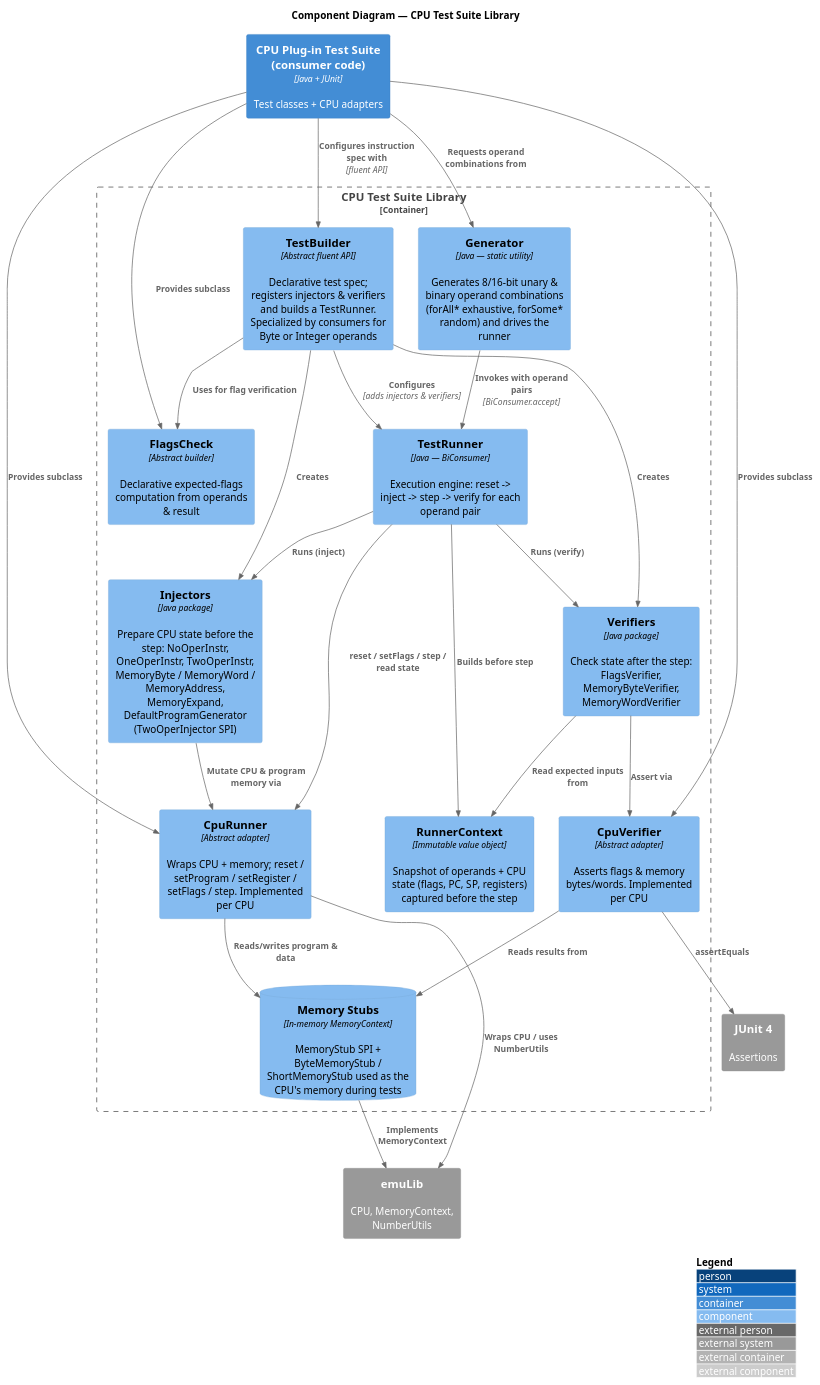
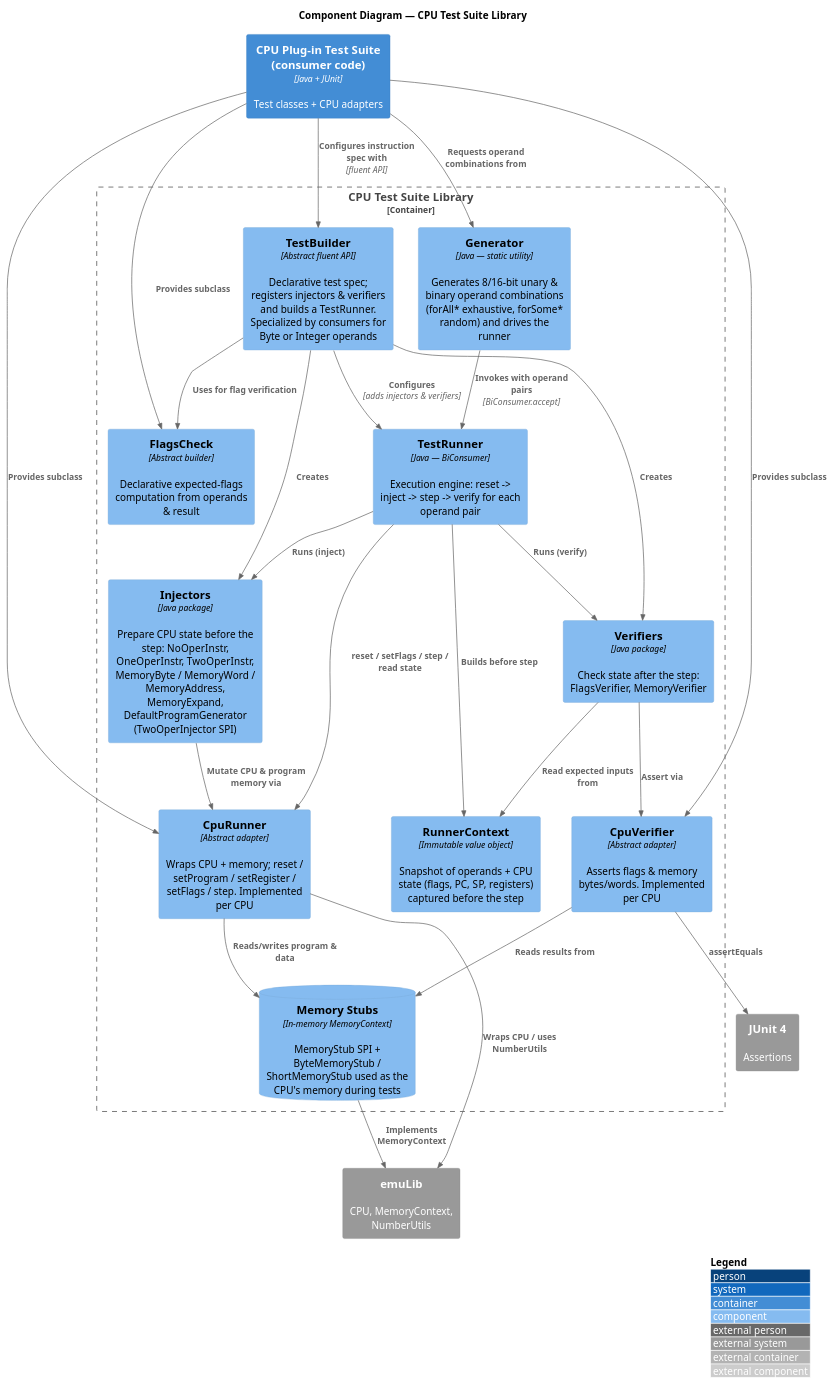
One commit to emustudio/cpu-testsuite changed the diagram in docs/c4/03-component.adoc. Above: the diagram before and after it, drawn with PlantUML. The commit also changed other lines of this file and 29 other files, not shown here.

```diff
--- a/docs/c4/03-component.adoc
+++ b/docs/c4/03-component.adoc
@@ -8,56 +8,56 @@
 [plantuml,c4-component,svg]
 ----
 @startuml
 !include <C4/C4_Component>
 LAYOUT_WITH_LEGEND()
 
 title Component Diagram — CPU Test Suite Library
 
 Container(tests, "CPU Plug-in Test Suite (consumer code)", "Java + JUnit", "Test classes + CPU adapters")
 System_Ext(emulib, "emuLib", "CPU, MemoryContext, NumberUtils")
 System_Ext(junit, "JUnit 4", "Assertions")
 
 Container_Boundary(lib, "CPU Test Suite Library") {
 
     Component(generator, "Generator", "Java — static utility", "Generates 8/16-bit unary & binary operand combinations (forAll* exhaustive, forSome* random) and drives the runner")
     Component(builder, "TestBuilder", "Abstract fluent API", "Declarative test spec; registers injectors & verifiers and builds a TestRunner. Specialized by consumers for Byte or Integer operands")
     Component(runner, "TestRunner", "Java — BiConsumer", "Execution engine: reset -> inject -> step -> verify for each operand pair")
     Component(context, "RunnerContext", "Immutable value object", "Snapshot of operands + CPU state (flags, PC, SP, registers) captured before the step")
 
     Component(cpurunner, "CpuRunner", "Abstract adapter", "Wraps CPU + memory; reset / setProgram / setRegister / setFlags / step. Implemented per CPU")
     Component(cpuverifier, "CpuVerifier", "Abstract adapter", "Asserts flags & memory bytes/words. Implemented per CPU")
     Component(flagscheck, "FlagsCheck", "Abstract builder", "Declarative expected-flags computation from operands & result")
 
     Component(injectors, "Injectors", "Java package", "Prepare CPU state before the step: NoOperInstr, OneOperInstr, TwoOperInstr, MemoryByte / MemoryWord / MemoryAddress, MemoryExpand, DefaultProgramGenerator (TwoOperInjector SPI)")
-    Component(verifiers, "Verifiers", "Java package", "Check state after the step: FlagsVerifier, MemoryByteVerifier, MemoryWordVerifier")
+    Component(verifiers, "Verifiers", "Java package", "Check state after the step: FlagsVerifier, MemoryVerifier")
     ComponentDb(memory, "Memory Stubs", "In-memory MemoryContext", "MemoryStub SPI + ByteMemoryStub / ShortMemoryStub used as the CPU's memory during tests")
 }
 
 Rel(tests, builder, "Configures instruction spec with", "fluent API")
 Rel(tests, generator, "Requests operand combinations from")
 Rel(tests, cpurunner, "Provides subclass")
 Rel(tests, cpuverifier, "Provides subclass")
 Rel(tests, flagscheck, "Provides subclass")
 
 Rel(generator, runner, "Invokes with operand pairs", "BiConsumer.accept")
 Rel(builder, runner, "Configures", "adds injectors & verifiers")
 Rel(builder, injectors, "Creates")
 Rel(builder, verifiers, "Creates")
 Rel(builder, flagscheck, "Uses for flag verification")
 
 Rel(runner, cpurunner, "reset / setFlags / step / read state")
 Rel(runner, context, "Builds before step")
 Rel(runner, injectors, "Runs (inject)")
 Rel(runner, verifiers, "Runs (verify)")
 
 Rel(injectors, cpurunner, "Mutate CPU & program memory via")
 Rel(verifiers, cpuverifier, "Assert via")
 Rel(verifiers, context, "Read expected inputs from")
 
 Rel(cpurunner, memory, "Reads/writes program & data")
 Rel(cpuverifier, memory, "Reads results from")
 Rel(cpurunner, emulib, "Wraps CPU / uses NumberUtils")
 Rel(memory, emulib, "Implements MemoryContext")
 Rel(cpuverifier, junit, "assertEquals")
 @enduml
 ----
```
